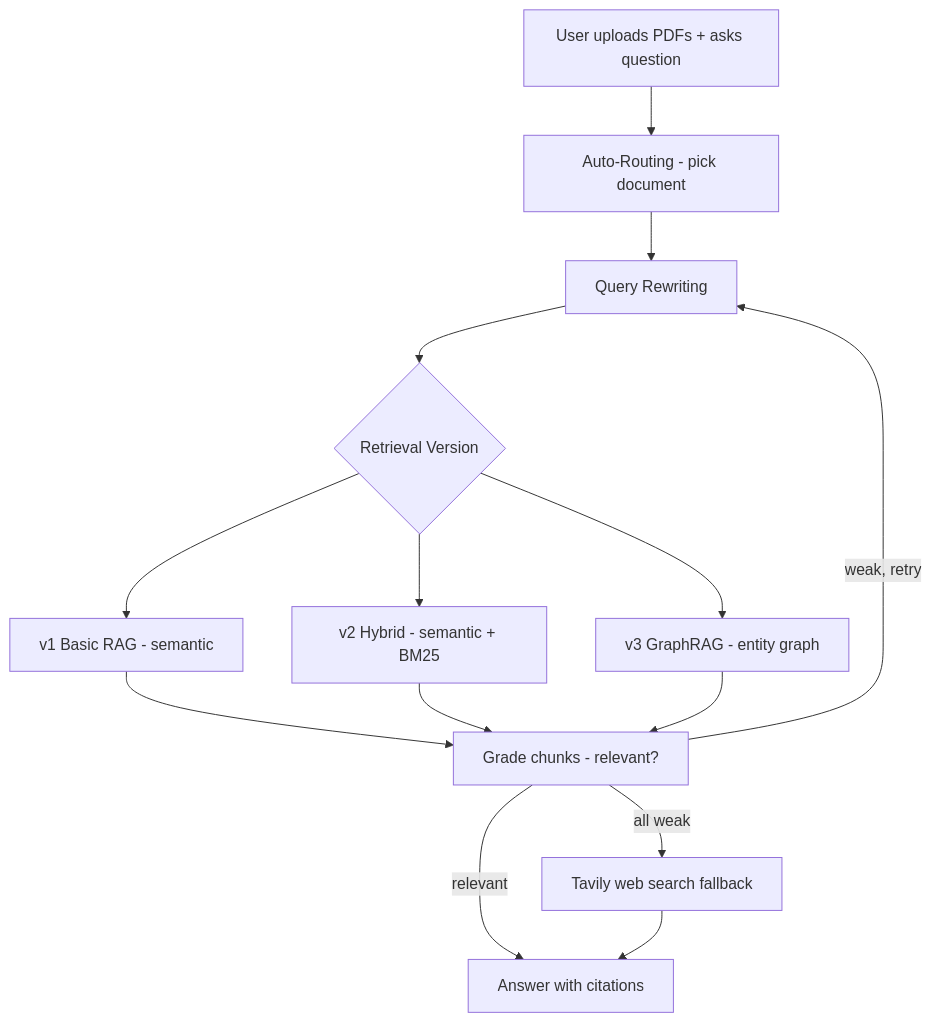
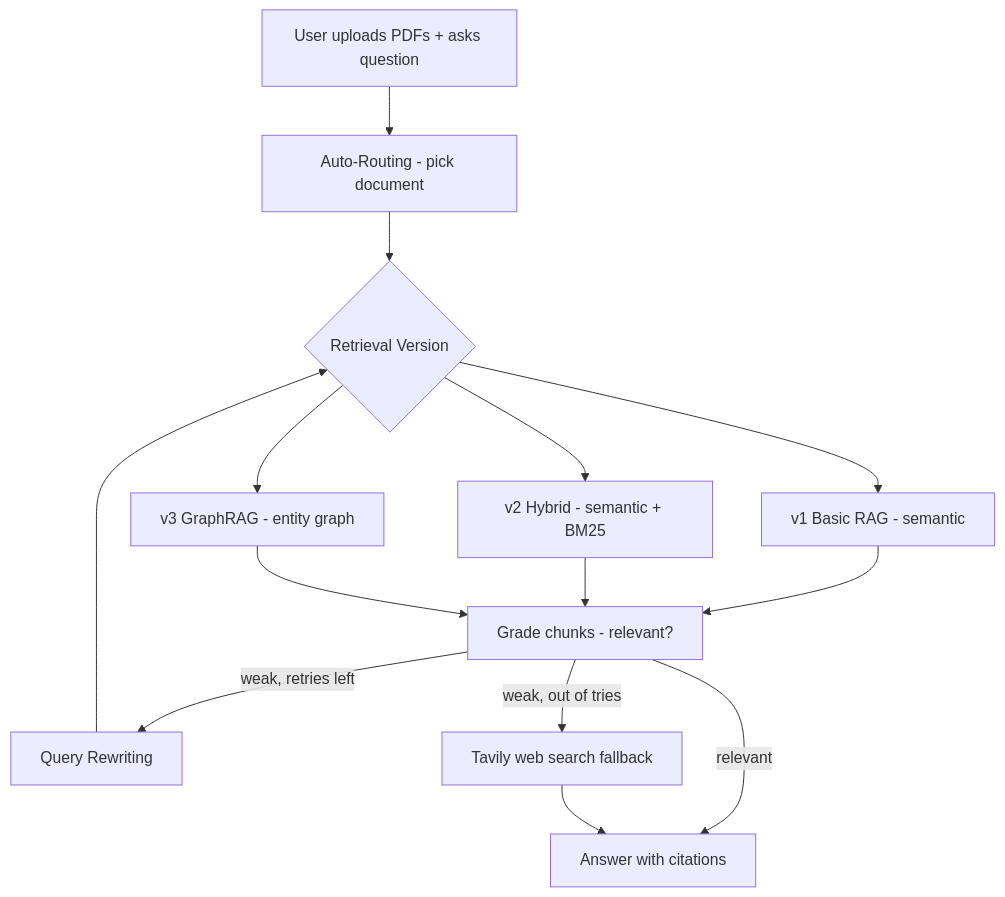
Before and after one commit to Murtaza-data/advanced-rag-assistant-: the diagram in README.md, drawn with Mermaid.

````diff
--- a/README.md
+++ b/README.md
@@ -13,16 +13,16 @@
 ```mermaid
 flowchart TD
     U[User uploads PDFs + asks question] --> R[Auto-Routing - pick document]
-    R --> QR[Query Rewriting]
-    QR --> V{Retrieval Version}
+    R --> V{Retrieval Version}
     V --> V1[v1 Basic RAG - semantic]
     V --> V2[v2 Hybrid - semantic + BM25]
     V --> V3[v3 GraphRAG - entity graph]
     V1 --> G[Grade chunks - relevant?]
     V2 --> G
     V3 --> G
     G -->|relevant| ANS[Answer with citations]
-    G -->|weak, retry| QR
-    G -->|all weak| WEB[Tavily web search fallback]
+    G -->|weak, retries left| QR[Query Rewriting]
+    QR --> V
+    G -->|weak, out of tries| WEB[Tavily web search fallback]
     WEB --> ANS
 ```
````
